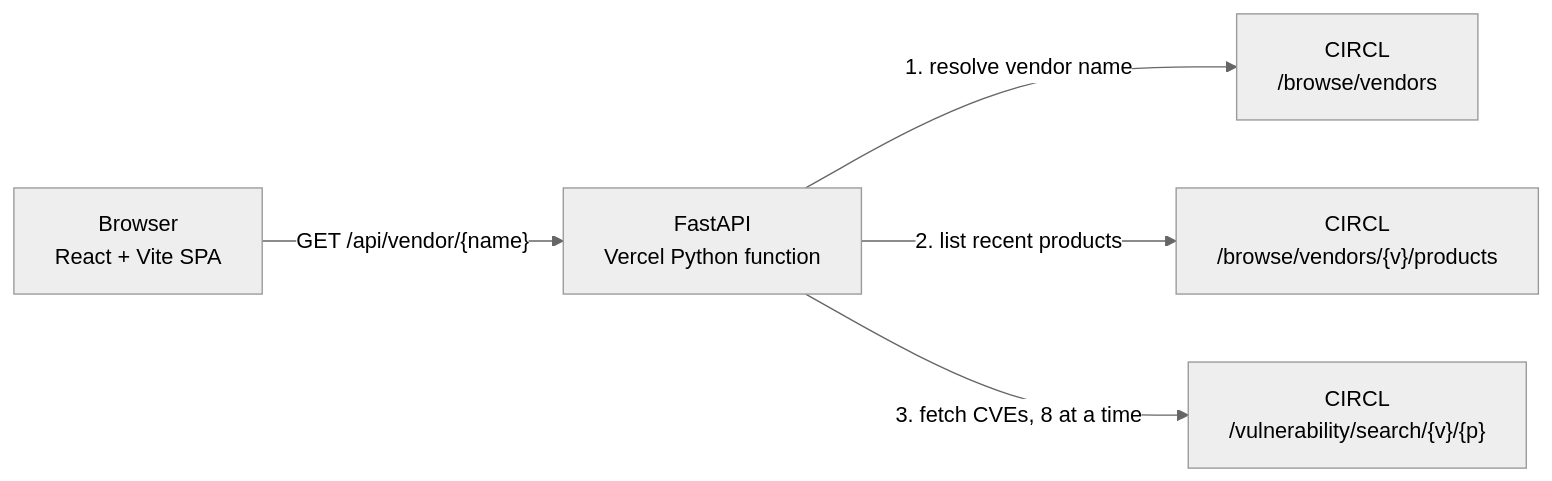
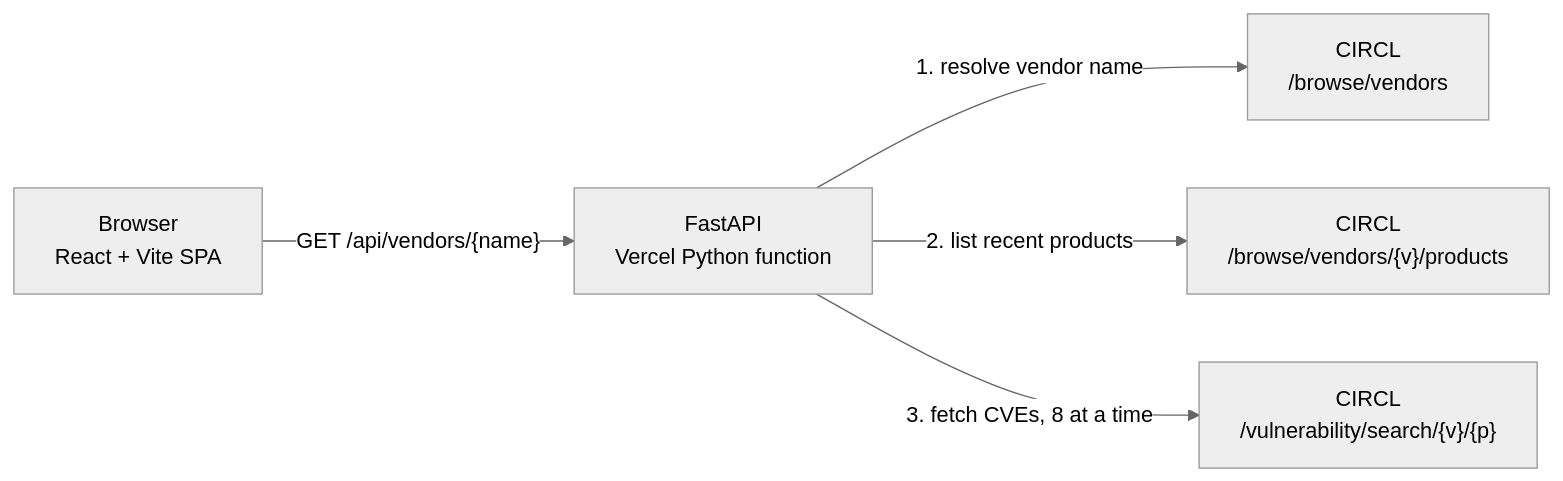
One commit to LandonUrcho/Spectra changed the diagram in README.md. Above: the diagram before and after it, drawn with Mermaid (neutral theme). The commit also changed other lines of this file and 2 other files, not shown here.

First line of the commit message:
Document the new backend structure and API

````diff
--- a/README.md
+++ b/README.md
@@ -23,7 +23,7 @@
 ```mermaid
 flowchart LR
-    B["Browser<br/>React + Vite SPA"] -- "GET /api/vendor/{name}" --> A["FastAPI<br/>Vercel Python function"]
+    B["Browser<br/>React + Vite SPA"] -- "GET /api/vendors/{name}" --> A["FastAPI<br/>Vercel Python function"]
     A -- "1. resolve vendor name" --> V["CIRCL<br/>/browse/vendors"]
     A -- "2. list recent products" --> P["CIRCL<br/>/browse/vendors/{v}/products"]
     A -- "3. fetch CVEs, 8 at a time" --> S["CIRCL<br/>/vulnerability/search/{v}/{p}"]
 ```
````
